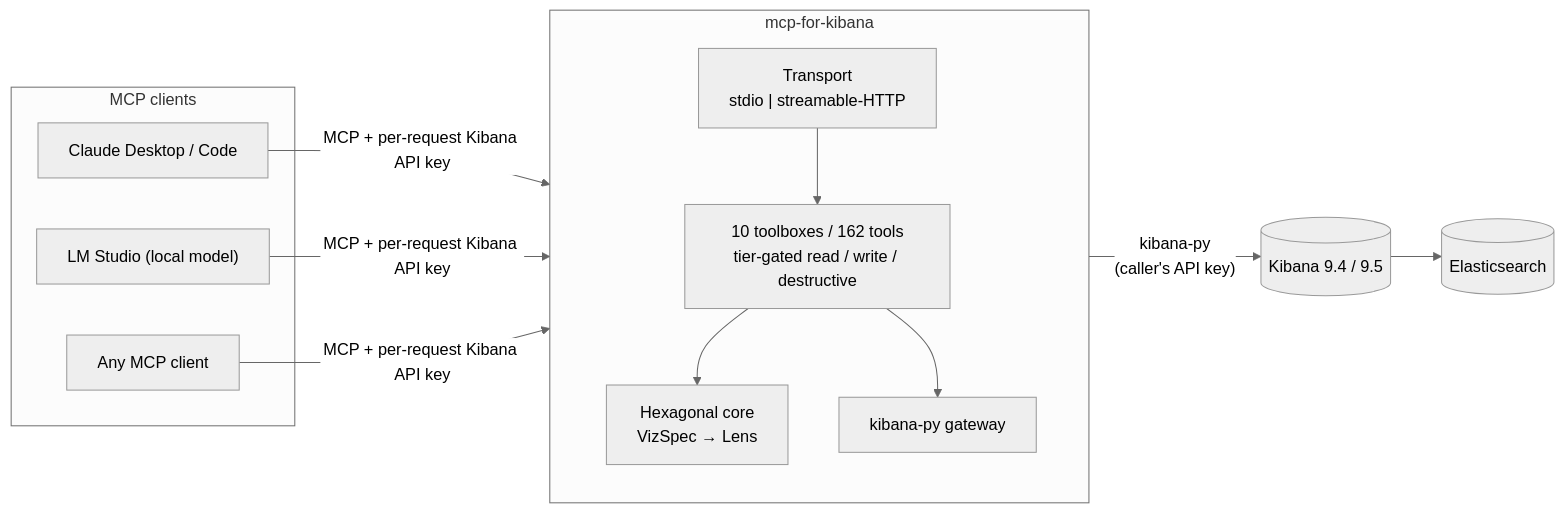
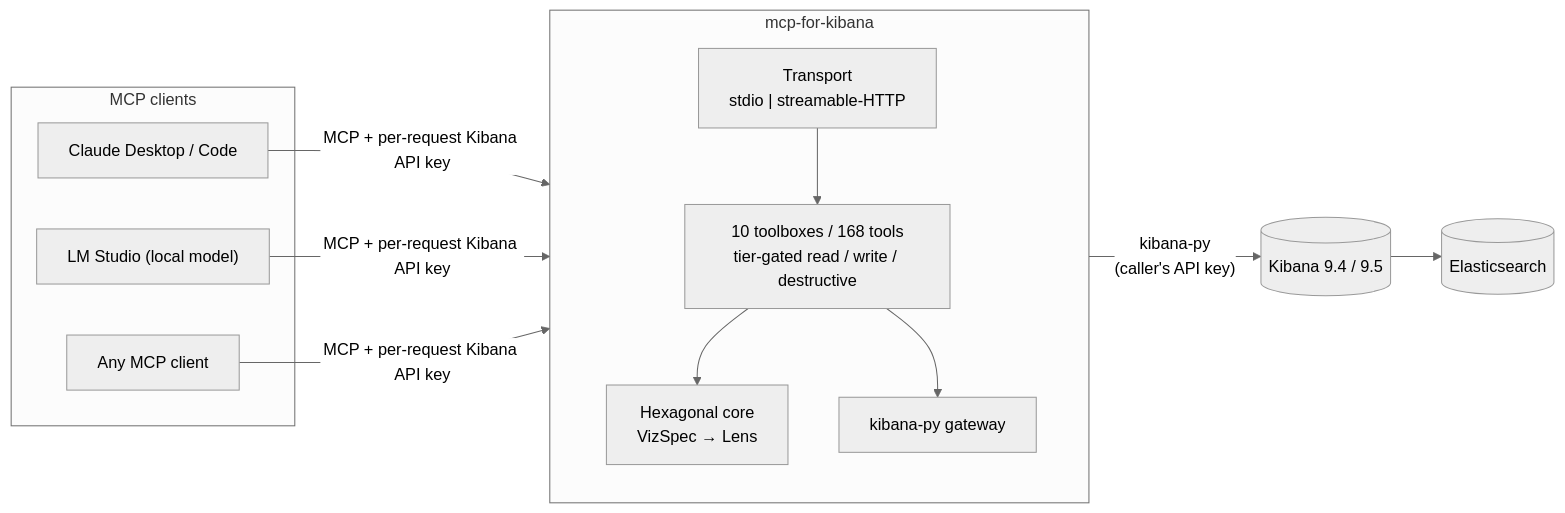
One commit to pedro-angel/mcp-for-kibana changed the first of 4 diagrams in docs/architecture.md. Above: the diagram before and after it, drawn with Mermaid (neutral theme). The commit also changed other lines of this file and 33 other files, not shown here.

````diff
--- a/docs/architecture.md
+++ b/docs/architecture.md
@@ -14,23 +14,23 @@
 ```mermaid
 flowchart LR
     subgraph clients["MCP clients"]
         Claude["Claude Desktop / Code"]
         LMS["LM Studio (local model)"]
         Other["Any MCP client"]
     end
     subgraph server["mcp-for-kibana"]
         direction TB
         Transport["Transport<br/>stdio | streamable-HTTP"]
-        Toolboxes["10 toolboxes / 162 tools<br/>tier-gated read / write / destructive"]
+        Toolboxes["10 toolboxes / 168 tools<br/>tier-gated read / write / destructive"]
         Core["Hexagonal core<br/>VizSpec → Lens"]
         Gateway["kibana-py gateway"]
         Transport --> Toolboxes --> Core
         Toolboxes --> Gateway
     end
     ES[("Elasticsearch")]
     Kibana[("Kibana 9.4 / 9.5")]
 
     Claude & LMS & Other -->|"MCP + per-request Kibana API key"| Transport
     Gateway -->|"kibana-py<br/>(caller's API key)"| Kibana
     Kibana --> ES
 ```
````
